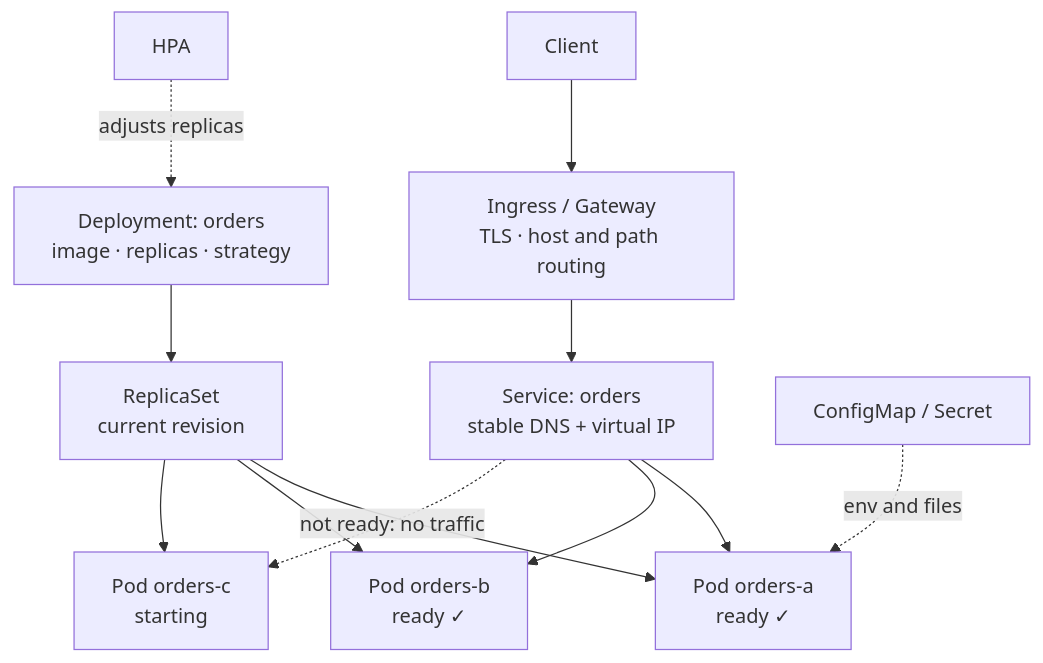
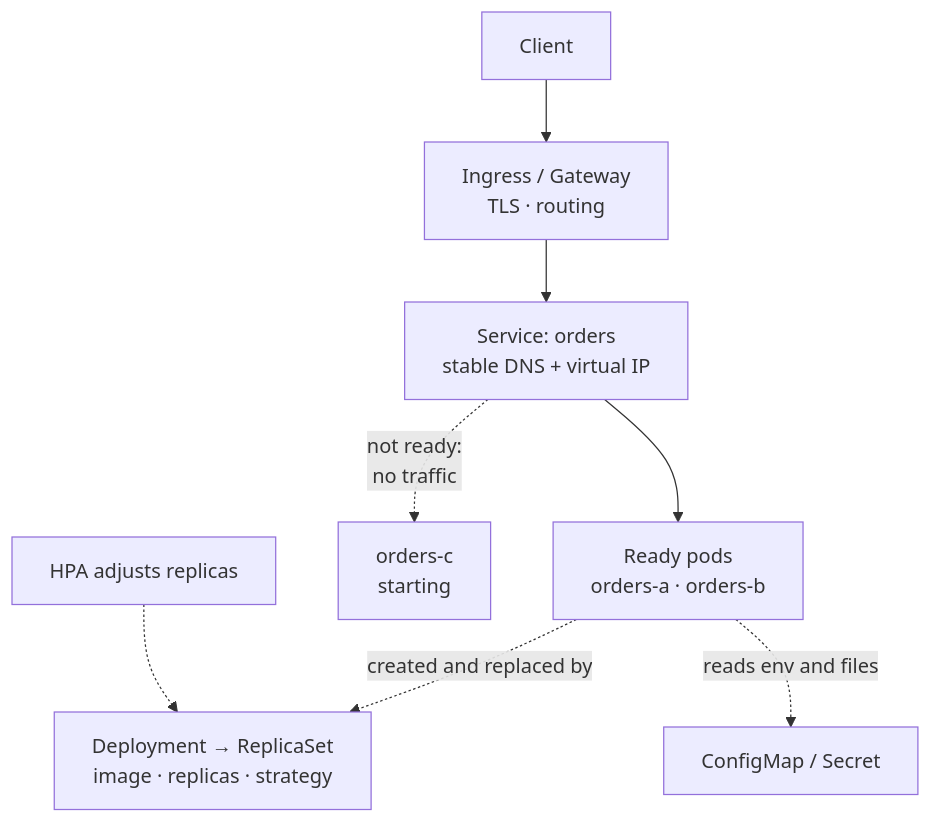
The diagram in src/content/topics/devops/docker-kubernetes/diagrams/k8s-objects.mmd (dhaval-76/engineering-field-guide), drawn with Mermaid before and after one commit. The commit also changed 21 other files, not shown here.

Commit message:
Every diagram now fits a phone: decision flows became DecisionGuides, thread states redrawn, remaining flowcharts narrowed

```diff
--- a/src/content/topics/devops/docker-kubernetes/diagrams/k8s-objects.mmd
+++ b/src/content/topics/devops/docker-kubernetes/diagrams/k8s-objects.mmd
@@ -1,12 +1,8 @@
 flowchart TD
-  U[Client] --> I[Ingress / Gateway<br/>TLS · host and path routing]
+  U[Client] --> I[Ingress / Gateway<br/>TLS · routing]
   I --> S[Service: orders<br/>stable DNS + virtual IP]
-  S --> P1[Pod orders-a<br/>ready ✓]
-  S --> P2[Pod orders-b<br/>ready ✓]
-  S -. not ready: no traffic .-> P3[Pod orders-c<br/>starting]
-  D[Deployment: orders<br/>image · replicas · strategy] --> RS[ReplicaSet<br/>current revision]
-  RS --> P1
-  RS --> P2
-  RS --> P3
-  H[HPA] -. adjusts replicas .-> D
-  CM[ConfigMap / Secret] -. env and files .-> P1
+  S --> P[Ready pods<br/>orders-a · orders-b]
+  S -. "not ready:<br/>no traffic" .-> P3[orders-c<br/>starting]
+  P -. "created and replaced by" .-> D[Deployment → ReplicaSet<br/>image · replicas · strategy]
+  H[HPA adjusts replicas] -.-> D
+  P -. "reads env and files" .-> CM[ConfigMap / Secret]
```
